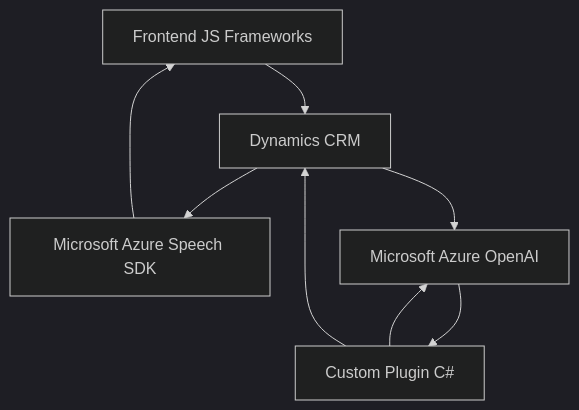
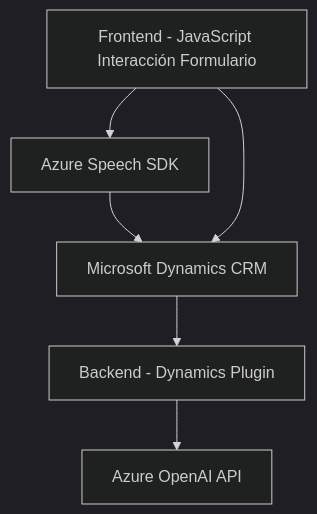
One commit to blopezdm/NETCORE_BILBAO2025 changed the diagram in README.md. Above: the diagram before and after it, drawn with Mermaid (dark theme). The commit also changed other lines of this file, not shown here.

````diff
--- a/README.md
+++ b/README.md
@@ -29,16 +38,14 @@
 ```mermaid
 graph TD
-    A["Frontend JS Frameworks"]
-    B["Dynamics CRM"]
-    C["Microsoft Azure Speech SDK"]
-    D["Microsoft Azure OpenAI"]
-    E["Custom Plugin C#"]
+    A["Frontend - JavaScript Interacción Formulario"]
+    B["Azure Speech SDK"]
+    C["Backend - Dynamics Plugin"]
+    D["Azure OpenAI API"]
+    E["Microsoft Dynamics CRM"]
 
-    A --> B
-    B --> C
-    B --> D
-    C --> A
-    E --> D
-    D --> E
-    E --> B
+    A-->B
+    B-->E
+    A-->E
+    E-->C
+    C-->D
 ```
````
